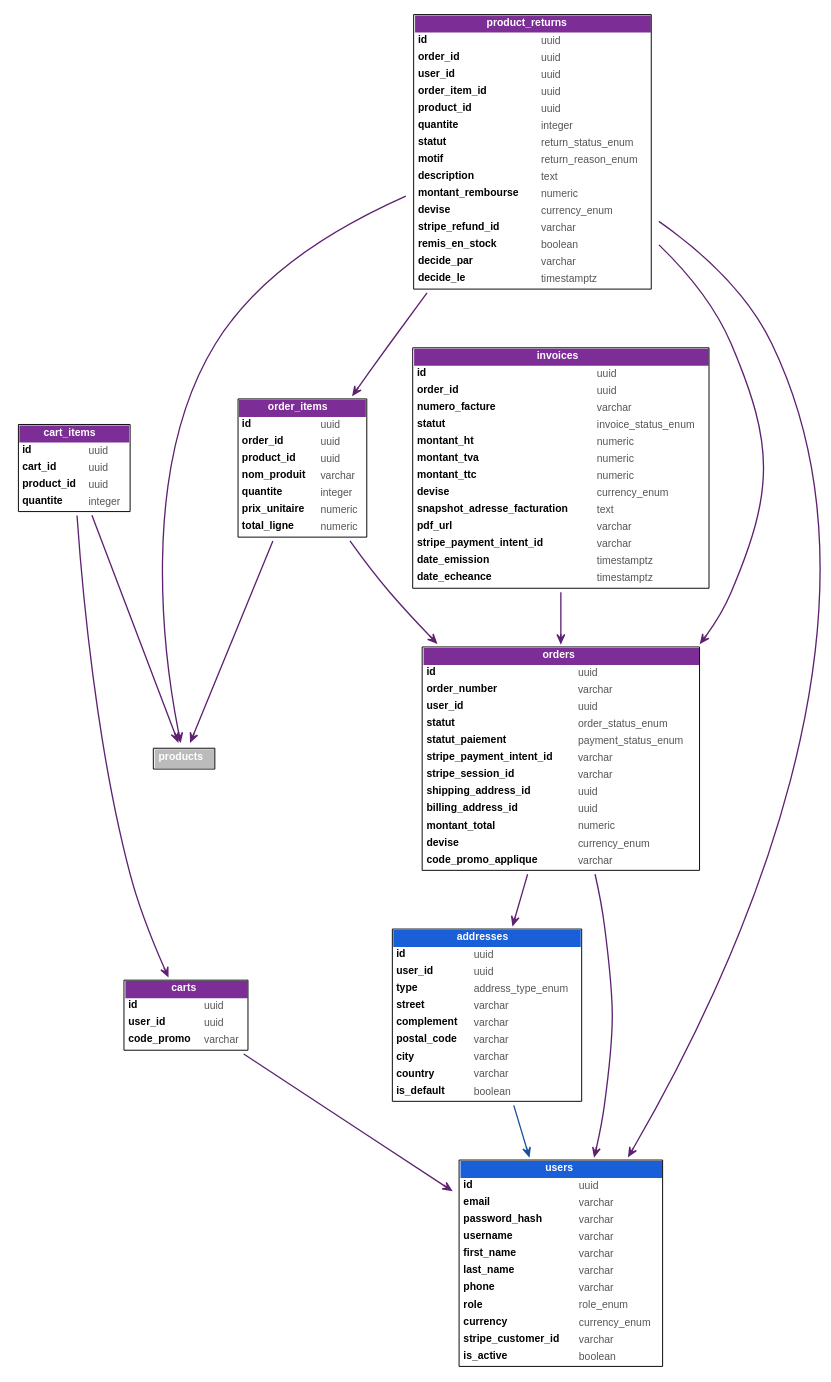
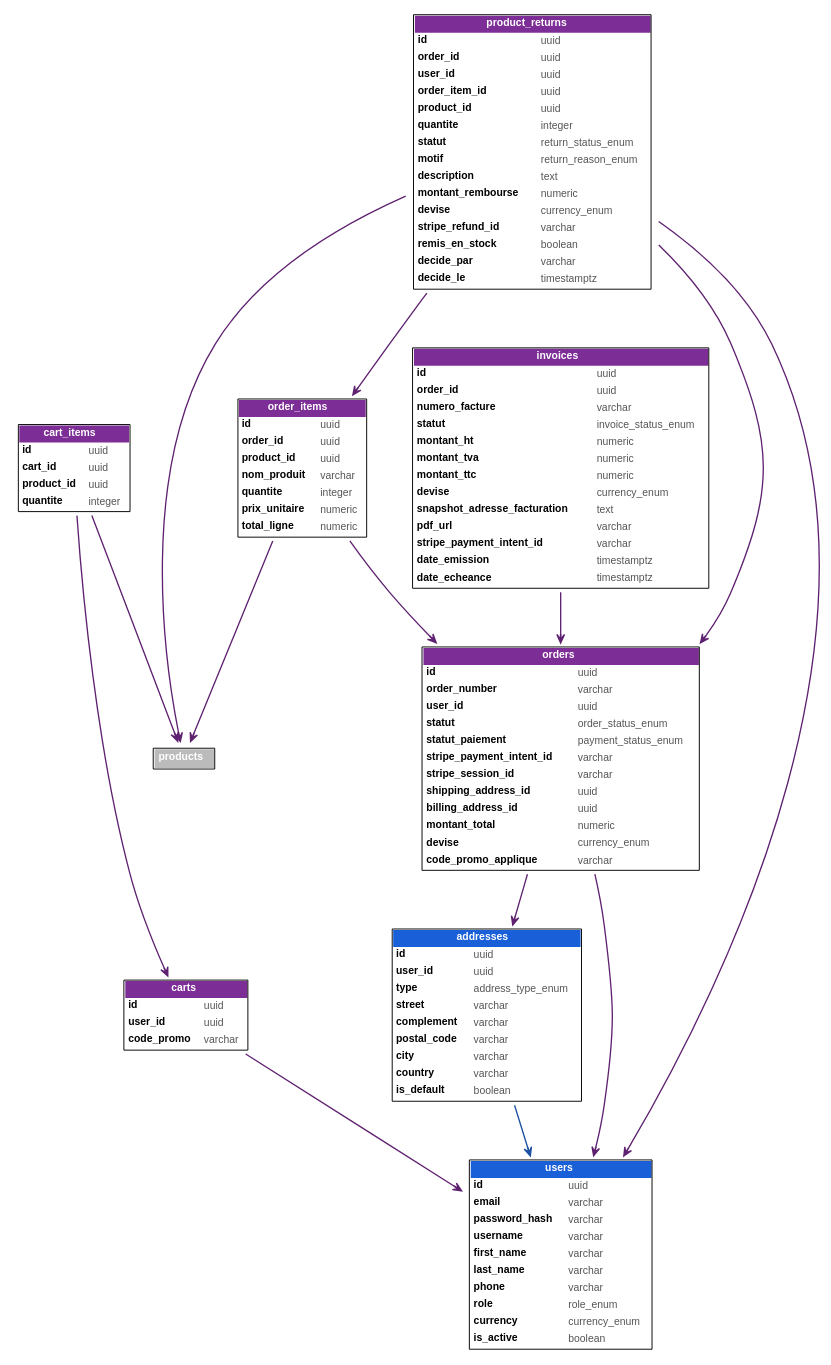
Before and after one commit to Letju/golden-house: the diagram in docs/rapport/figures/mcd_achats.dot, drawn with Graphviz. The commit also changed 5 other files, not shown here.

Commit message:
docs(rapport): MCD sans stripe_customer_id (report de dev)

```diff
--- a/docs/rapport/figures/mcd_achats.dot
+++ b/docs/rapport/figures/mcd_achats.dot
@@ -1,29 +1,29 @@
 digraph mcd {
   rankdir=TB; nodesep=0.45; ranksep=0.75; splines=spline;
   node [shape=plaintext, fontname="Helvetica", fontsize=11];
   edge [arrowhead=vee, arrowsize=0.9, penwidth=1.4];
 
   addresses [label=<<TABLE BORDER="1" CELLBORDER="0" CELLSPACING="0" CELLPADDING="3"><TR><TD BGCOLOR="#195FD7" COLSPAN="2"><FONT COLOR="white"><B>addresses</B></FONT></TD></TR><TR><TD ALIGN="LEFT"><B>id</B></TD><TD ALIGN="LEFT"><FONT COLOR="#555555">uuid</FONT></TD></TR><TR><TD ALIGN="LEFT"><B>user_id</B></TD><TD ALIGN="LEFT"><FONT COLOR="#555555">uuid</FONT></TD></TR><TR><TD ALIGN="LEFT"><B>type</B></TD><TD ALIGN="LEFT"><FONT COLOR="#555555">address_type_enum</FONT></TD></TR><TR><TD ALIGN="LEFT"><B>street</B></TD><TD ALIGN="LEFT"><FONT COLOR="#555555">varchar</FONT></TD></TR><TR><TD ALIGN="LEFT"><B>complement</B></TD><TD ALIGN="LEFT"><FONT COLOR="#555555">varchar</FONT></TD></TR><TR><TD ALIGN="LEFT"><B>postal_code</B></TD><TD ALIGN="LEFT"><FONT COLOR="#555555">varchar</FONT></TD></TR><TR><TD ALIGN="LEFT"><B>city</B></TD><TD ALIGN="LEFT"><FONT COLOR="#555555">varchar</FONT></TD></TR><TR><TD ALIGN="LEFT"><B>country</B></TD><TD ALIGN="LEFT"><FONT COLOR="#555555">varchar</FONT></TD></TR><TR><TD ALIGN="LEFT"><B>is_default</B></TD><TD ALIGN="LEFT"><FONT COLOR="#555555">boolean</FONT></TD></TR></TABLE>>];
   cart_items [label=<<TABLE BORDER="1" CELLBORDER="0" CELLSPACING="0" CELLPADDING="3"><TR><TD BGCOLOR="#7D2D96" COLSPAN="2"><FONT COLOR="white"><B>cart_items</B></FONT></TD></TR><TR><TD ALIGN="LEFT"><B>id</B></TD><TD ALIGN="LEFT"><FONT COLOR="#555555">uuid</FONT></TD></TR><TR><TD ALIGN="LEFT"><B>cart_id</B></TD><TD ALIGN="LEFT"><FONT COLOR="#555555">uuid</FONT></TD></TR><TR><TD ALIGN="LEFT"><B>product_id</B></TD><TD ALIGN="LEFT"><FONT COLOR="#555555">uuid</FONT></TD></TR><TR><TD ALIGN="LEFT"><B>quantite</B></TD><TD ALIGN="LEFT"><FONT COLOR="#555555">integer</FONT></TD></TR></TABLE>>];
   carts [label=<<TABLE BORDER="1" CELLBORDER="0" CELLSPACING="0" CELLPADDING="3"><TR><TD BGCOLOR="#7D2D96" COLSPAN="2"><FONT COLOR="white"><B>carts</B></FONT></TD></TR><TR><TD ALIGN="LEFT"><B>id</B></TD><TD ALIGN="LEFT"><FONT COLOR="#555555">uuid</FONT></TD></TR><TR><TD ALIGN="LEFT"><B>user_id</B></TD><TD ALIGN="LEFT"><FONT COLOR="#555555">uuid</FONT></TD></TR><TR><TD ALIGN="LEFT"><B>code_promo</B></TD><TD ALIGN="LEFT"><FONT COLOR="#555555">varchar</FONT></TD></TR></TABLE>>];
   invoices [label=<<TABLE BORDER="1" CELLBORDER="0" CELLSPACING="0" CELLPADDING="3"><TR><TD BGCOLOR="#7D2D96" COLSPAN="2"><FONT COLOR="white"><B>invoices</B></FONT></TD></TR><TR><TD ALIGN="LEFT"><B>id</B></TD><TD ALIGN="LEFT"><FONT COLOR="#555555">uuid</FONT></TD></TR><TR><TD ALIGN="LEFT"><B>order_id</B></TD><TD ALIGN="LEFT"><FONT COLOR="#555555">uuid</FONT></TD></TR><TR><TD ALIGN="LEFT"><B>numero_facture</B></TD><TD ALIGN="LEFT"><FONT COLOR="#555555">varchar</FONT></TD></TR><TR><TD ALIGN="LEFT"><B>statut</B></TD><TD ALIGN="LEFT"><FONT COLOR="#555555">invoice_status_enum</FONT></TD></TR><TR><TD ALIGN="LEFT"><B>montant_ht</B></TD><TD ALIGN="LEFT"><FONT COLOR="#555555">numeric</FONT></TD></TR><TR><TD ALIGN="LEFT"><B>montant_tva</B></TD><TD ALIGN="LEFT"><FONT COLOR="#555555">numeric</FONT></TD></TR><TR><TD ALIGN="LEFT"><B>montant_ttc</B></TD><TD ALIGN="LEFT"><FONT COLOR="#555555">numeric</FONT></TD></TR><TR><TD ALIGN="LEFT"><B>devise</B></TD><TD ALIGN="LEFT"><FONT COLOR="#555555">currency_enum</FONT></TD></TR><TR><TD ALIGN="LEFT"><B>snapshot_adresse_facturation</B></TD><TD ALIGN="LEFT"><FONT COLOR="#555555">text</FONT></TD></TR><TR><TD ALIGN="LEFT"><B>pdf_url</B></TD><TD ALIGN="LEFT"><FONT COLOR="#555555">varchar</FONT></TD></TR><TR><TD ALIGN="LEFT"><B>stripe_payment_intent_id</B></TD><TD ALIGN="LEFT"><FONT COLOR="#555555">varchar</FONT></TD></TR><TR><TD ALIGN="LEFT"><B>date_emission</B></TD><TD ALIGN="LEFT"><FONT COLOR="#555555">timestamptz</FONT></TD></TR><TR><TD ALIGN="LEFT"><B>date_echeance</B></TD><TD ALIGN="LEFT"><FONT COLOR="#555555">timestamptz</FONT></TD></TR></TABLE>>];
   order_items [label=<<TABLE BORDER="1" CELLBORDER="0" CELLSPACING="0" CELLPADDING="3"><TR><TD BGCOLOR="#7D2D96" COLSPAN="2"><FONT COLOR="white"><B>order_items</B></FONT></TD></TR><TR><TD ALIGN="LEFT"><B>id</B></TD><TD ALIGN="LEFT"><FONT COLOR="#555555">uuid</FONT></TD></TR><TR><TD ALIGN="LEFT"><B>order_id</B></TD><TD ALIGN="LEFT"><FONT COLOR="#555555">uuid</FONT></TD></TR><TR><TD ALIGN="LEFT"><B>product_id</B></TD><TD ALIGN="LEFT"><FONT COLOR="#555555">uuid</FONT></TD></TR><TR><TD ALIGN="LEFT"><B>nom_produit</B></TD><TD ALIGN="LEFT"><FONT COLOR="#555555">varchar</FONT></TD></TR><TR><TD ALIGN="LEFT"><B>quantite</B></TD><TD ALIGN="LEFT"><FONT COLOR="#555555">integer</FONT></TD></TR><TR><TD ALIGN="LEFT"><B>prix_unitaire</B></TD><TD ALIGN="LEFT"><FONT COLOR="#555555">numeric</FONT></TD></TR><TR><TD ALIGN="LEFT"><B>total_ligne</B></TD><TD ALIGN="LEFT"><FONT COLOR="#555555">numeric</FONT></TD></TR></TABLE>>];
   orders [label=<<TABLE BORDER="1" CELLBORDER="0" CELLSPACING="0" CELLPADDING="3"><TR><TD BGCOLOR="#7D2D96" COLSPAN="2"><FONT COLOR="white"><B>orders</B></FONT></TD></TR><TR><TD ALIGN="LEFT"><B>id</B></TD><TD ALIGN="LEFT"><FONT COLOR="#555555">uuid</FONT></TD></TR><TR><TD ALIGN="LEFT"><B>order_number</B></TD><TD ALIGN="LEFT"><FONT COLOR="#555555">varchar</FONT></TD></TR><TR><TD ALIGN="LEFT"><B>user_id</B></TD><TD ALIGN="LEFT"><FONT COLOR="#555555">uuid</FONT></TD></TR><TR><TD ALIGN="LEFT"><B>statut</B></TD><TD ALIGN="LEFT"><FONT COLOR="#555555">order_status_enum</FONT></TD></TR><TR><TD ALIGN="LEFT"><B>statut_paiement</B></TD><TD ALIGN="LEFT"><FONT COLOR="#555555">payment_status_enum</FONT></TD></TR><TR><TD ALIGN="LEFT"><B>stripe_payment_intent_id</B></TD><TD ALIGN="LEFT"><FONT COLOR="#555555">varchar</FONT></TD></TR><TR><TD ALIGN="LEFT"><B>stripe_session_id</B></TD><TD ALIGN="LEFT"><FONT COLOR="#555555">varchar</FONT></TD></TR><TR><TD ALIGN="LEFT"><B>shipping_address_id</B></TD><TD ALIGN="LEFT"><FONT COLOR="#555555">uuid</FONT></TD></TR><TR><TD ALIGN="LEFT"><B>billing_address_id</B></TD><TD ALIGN="LEFT"><FONT COLOR="#555555">uuid</FONT></TD></TR><TR><TD ALIGN="LEFT"><B>montant_total</B></TD><TD ALIGN="LEFT"><FONT COLOR="#555555">numeric</FONT></TD></TR><TR><TD ALIGN="LEFT"><B>devise</B></TD><TD ALIGN="LEFT"><FONT COLOR="#555555">currency_enum</FONT></TD></TR><TR><TD ALIGN="LEFT"><B>code_promo_applique</B></TD><TD ALIGN="LEFT"><FONT COLOR="#555555">varchar</FONT></TD></TR></TABLE>>];
   product_returns [label=<<TABLE BORDER="1" CELLBORDER="0" CELLSPACING="0" CELLPADDING="3"><TR><TD BGCOLOR="#7D2D96" COLSPAN="2"><FONT COLOR="white"><B>product_returns</B></FONT></TD></TR><TR><TD ALIGN="LEFT"><B>id</B></TD><TD ALIGN="LEFT"><FONT COLOR="#555555">uuid</FONT></TD></TR><TR><TD ALIGN="LEFT"><B>order_id</B></TD><TD ALIGN="LEFT"><FONT COLOR="#555555">uuid</FONT></TD></TR><TR><TD ALIGN="LEFT"><B>user_id</B></TD><TD ALIGN="LEFT"><FONT COLOR="#555555">uuid</FONT></TD></TR><TR><TD ALIGN="LEFT"><B>order_item_id</B></TD><TD ALIGN="LEFT"><FONT COLOR="#555555">uuid</FONT></TD></TR><TR><TD ALIGN="LEFT"><B>product_id</B></TD><TD ALIGN="LEFT"><FONT COLOR="#555555">uuid</FONT></TD></TR><TR><TD ALIGN="LEFT"><B>quantite</B></TD><TD ALIGN="LEFT"><FONT COLOR="#555555">integer</FONT></TD></TR><TR><TD ALIGN="LEFT"><B>statut</B></TD><TD ALIGN="LEFT"><FONT COLOR="#555555">return_status_enum</FONT></TD></TR><TR><TD ALIGN="LEFT"><B>motif</B></TD><TD ALIGN="LEFT"><FONT COLOR="#555555">return_reason_enum</FONT></TD></TR><TR><TD ALIGN="LEFT"><B>description</B></TD><TD ALIGN="LEFT"><FONT COLOR="#555555">text</FONT></TD></TR><TR><TD ALIGN="LEFT"><B>montant_rembourse</B></TD><TD ALIGN="LEFT"><FONT COLOR="#555555">numeric</FONT></TD></TR><TR><TD ALIGN="LEFT"><B>devise</B></TD><TD ALIGN="LEFT"><FONT COLOR="#555555">currency_enum</FONT></TD></TR><TR><TD ALIGN="LEFT"><B>stripe_refund_id</B></TD><TD ALIGN="LEFT"><FONT COLOR="#555555">varchar</FONT></TD></TR><TR><TD ALIGN="LEFT"><B>remis_en_stock</B></TD><TD ALIGN="LEFT"><FONT COLOR="#555555">boolean</FONT></TD></TR><TR><TD ALIGN="LEFT"><B>decide_par</B></TD><TD ALIGN="LEFT"><FONT COLOR="#555555">varchar</FONT></TD></TR><TR><TD ALIGN="LEFT"><B>decide_le</B></TD><TD ALIGN="LEFT"><FONT COLOR="#555555">timestamptz</FONT></TD></TR></TABLE>>];
   products [label=<<TABLE BORDER="1" CELLBORDER="0" CELLSPACING="0" CELLPADDING="4"><TR><TD BGCOLOR="#BBBBBB"><FONT COLOR="white"><B>products</B></FONT></TD></TR></TABLE>>];
-  users [label=<<TABLE BORDER="1" CELLBORDER="0" CELLSPACING="0" CELLPADDING="3"><TR><TD BGCOLOR="#195FD7" COLSPAN="2"><FONT COLOR="white"><B>users</B></FONT></TD></TR><TR><TD ALIGN="LEFT"><B>id</B></TD><TD ALIGN="LEFT"><FONT COLOR="#555555">uuid</FONT></TD></TR><TR><TD ALIGN="LEFT"><B>email</B></TD><TD ALIGN="LEFT"><FONT COLOR="#555555">varchar</FONT></TD></TR><TR><TD ALIGN="LEFT"><B>password_hash</B></TD><TD ALIGN="LEFT"><FONT COLOR="#555555">varchar</FONT></TD></TR><TR><TD ALIGN="LEFT"><B>username</B></TD><TD ALIGN="LEFT"><FONT COLOR="#555555">varchar</FONT></TD></TR><TR><TD ALIGN="LEFT"><B>first_name</B></TD><TD ALIGN="LEFT"><FONT COLOR="#555555">varchar</FONT></TD></TR><TR><TD ALIGN="LEFT"><B>last_name</B></TD><TD ALIGN="LEFT"><FONT COLOR="#555555">varchar</FONT></TD></TR><TR><TD ALIGN="LEFT"><B>phone</B></TD><TD ALIGN="LEFT"><FONT COLOR="#555555">varchar</FONT></TD></TR><TR><TD ALIGN="LEFT"><B>role</B></TD><TD ALIGN="LEFT"><FONT COLOR="#555555">role_enum</FONT></TD></TR><TR><TD ALIGN="LEFT"><B>currency</B></TD><TD ALIGN="LEFT"><FONT COLOR="#555555">currency_enum</FONT></TD></TR><TR><TD ALIGN="LEFT"><B>stripe_customer_id</B></TD><TD ALIGN="LEFT"><FONT COLOR="#555555">varchar</FONT></TD></TR><TR><TD ALIGN="LEFT"><B>is_active</B></TD><TD ALIGN="LEFT"><FONT COLOR="#555555">boolean</FONT></TD></TR></TABLE>>];
+  users [label=<<TABLE BORDER="1" CELLBORDER="0" CELLSPACING="0" CELLPADDING="3"><TR><TD BGCOLOR="#195FD7" COLSPAN="2"><FONT COLOR="white"><B>users</B></FONT></TD></TR><TR><TD ALIGN="LEFT"><B>id</B></TD><TD ALIGN="LEFT"><FONT COLOR="#555555">uuid</FONT></TD></TR><TR><TD ALIGN="LEFT"><B>email</B></TD><TD ALIGN="LEFT"><FONT COLOR="#555555">varchar</FONT></TD></TR><TR><TD ALIGN="LEFT"><B>password_hash</B></TD><TD ALIGN="LEFT"><FONT COLOR="#555555">varchar</FONT></TD></TR><TR><TD ALIGN="LEFT"><B>username</B></TD><TD ALIGN="LEFT"><FONT COLOR="#555555">varchar</FONT></TD></TR><TR><TD ALIGN="LEFT"><B>first_name</B></TD><TD ALIGN="LEFT"><FONT COLOR="#555555">varchar</FONT></TD></TR><TR><TD ALIGN="LEFT"><B>last_name</B></TD><TD ALIGN="LEFT"><FONT COLOR="#555555">varchar</FONT></TD></TR><TR><TD ALIGN="LEFT"><B>phone</B></TD><TD ALIGN="LEFT"><FONT COLOR="#555555">varchar</FONT></TD></TR><TR><TD ALIGN="LEFT"><B>role</B></TD><TD ALIGN="LEFT"><FONT COLOR="#555555">role_enum</FONT></TD></TR><TR><TD ALIGN="LEFT"><B>currency</B></TD><TD ALIGN="LEFT"><FONT COLOR="#555555">currency_enum</FONT></TD></TR><TR><TD ALIGN="LEFT"><B>is_active</B></TD><TD ALIGN="LEFT"><FONT COLOR="#555555">boolean</FONT></TD></TR></TABLE>>];
 
   addresses -> users [color="#1B4FA0"];
   cart_items -> carts [color="#5E2170"];
   cart_items -> products [color="#5E2170"];
   carts -> users [color="#5E2170"];
   invoices -> orders [color="#5E2170"];
   order_items -> orders [color="#5E2170"];
   order_items -> products [color="#5E2170"];
   orders -> addresses [color="#5E2170"];
   orders -> users [color="#5E2170"];
   product_returns -> order_items [color="#5E2170"];
   product_returns -> orders [color="#5E2170"];
   product_returns -> products [color="#5E2170"];
   product_returns -> users [color="#5E2170"];
 }
```
